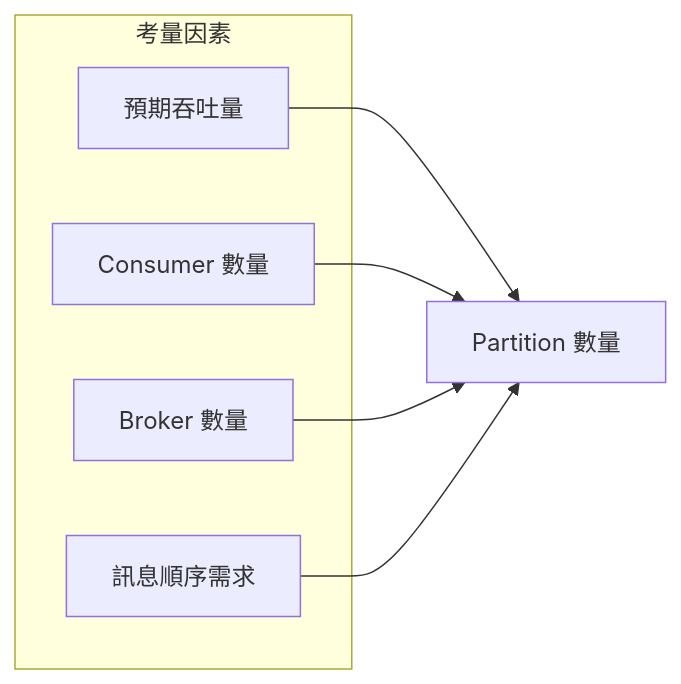
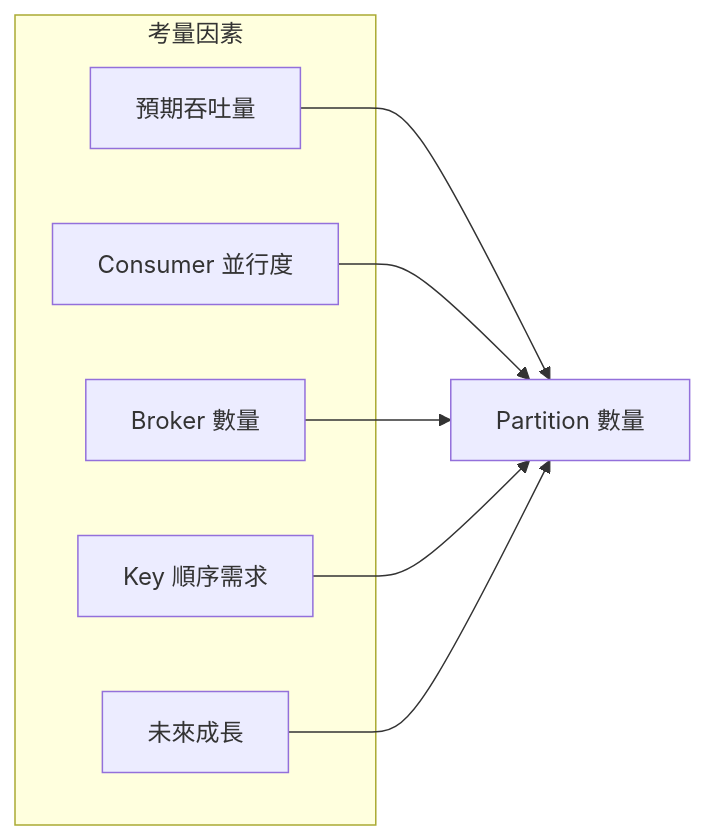
Before and after one commit to chihhung/Blog: diagram 13 of 29 in content/posts/教學/工具/Kafka教學手冊.md, drawn with Mermaid. The commit also changed other lines of this file and 10 other files, not shown here.

````diff
--- a/content/posts/教學/工具/Kafka教學手冊.md
+++ b/content/posts/教學/工具/Kafka教學手冊.md
@@ -764,14 +1638,16 @@
 ```mermaid
 flowchart LR
     subgraph 考量因素
         A[預期吞吐量]
-        B[Consumer 數量]
+        B[Consumer 並行度]
         C[Broker 數量]
-        D[訊息順序需求]
+        D[Key 順序需求]
+        E[未來成長]
     end
-    
-    A --> E[Partition 數量]
-    B --> E
-    C --> E
-    D --> E
+
+    A --> F[Partition 數量]
+    B --> F
+    C --> F
+    D --> F
+    E --> F
 ```
````
